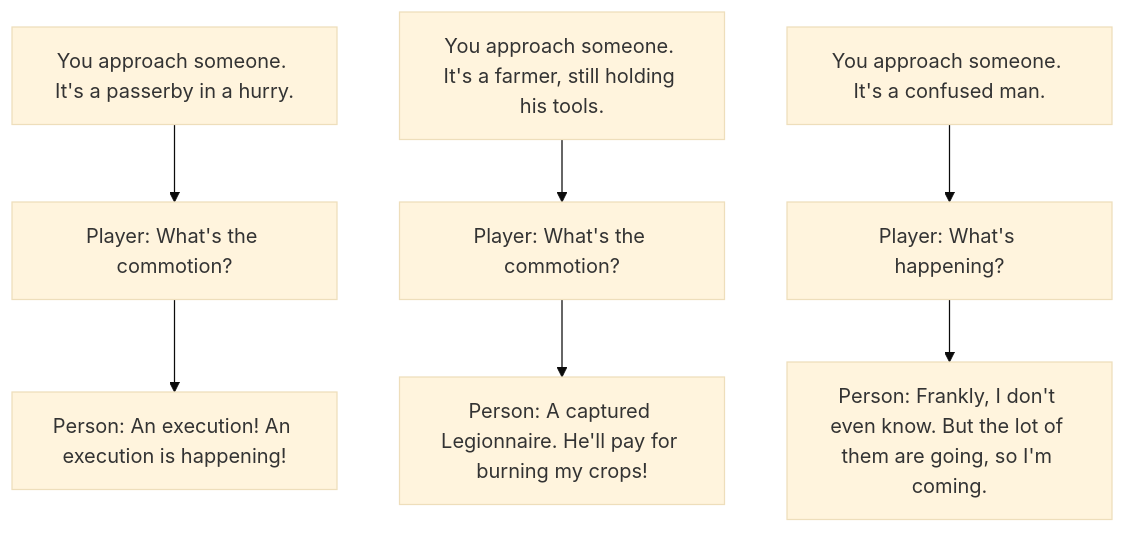
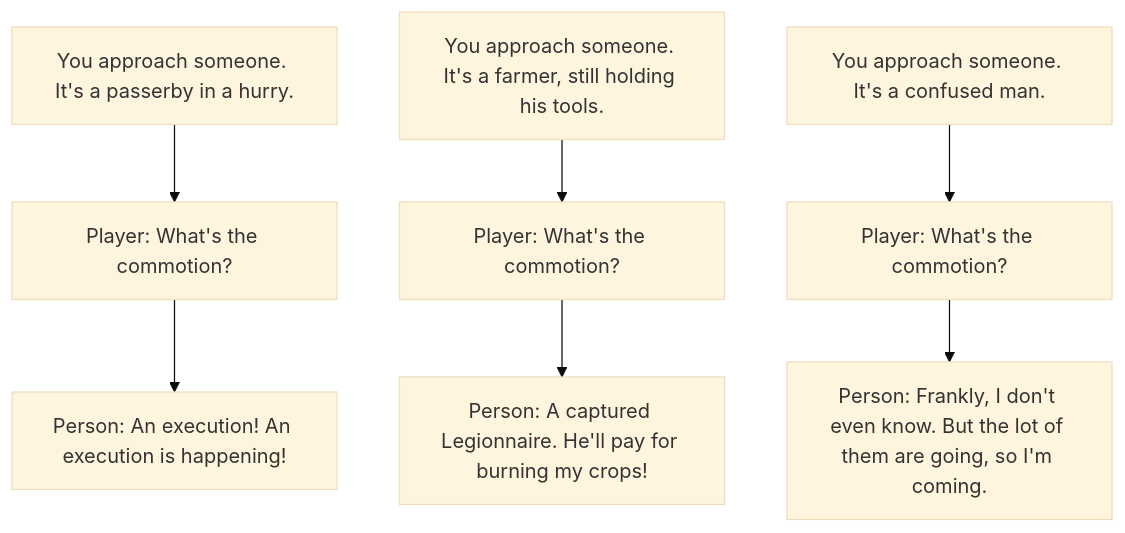
The eighth of 31 diagrams in wiki/Quest.md (pacalso-jjc/2425-2nd-cc3-1e-rpg), drawn with Mermaid (base theme) before and after one commit. The commit also changed other lines of this file, not shown here.

````diff
--- a/wiki/Quest.md
+++ b/wiki/Quest.md
@@ -348,15 +348,15 @@
 ```mermaid
 flowchart TD
   A[You approach someone. It's a passerby in a hurry.]
   A --> B[Player: What's the commotion?]
   B --> C[Person: An execution! An execution is happening!]
 
   D[You approach someone. It's a farmer, still holding his tools.]
   D --> E[Player: What's the commotion?]
   E --> F[Person: A captured Legionnaire. He'll pay for burning my crops!]
 
   G[You approach someone. It's a confused man.]
-  G --> H[Player: What's happening?]
+  G --> H[Player: What's the commotion?]
   H --> I[Person: Frankly, I don't even know. But the lot of them are going, so I'm coming.]
 
 ```
````
